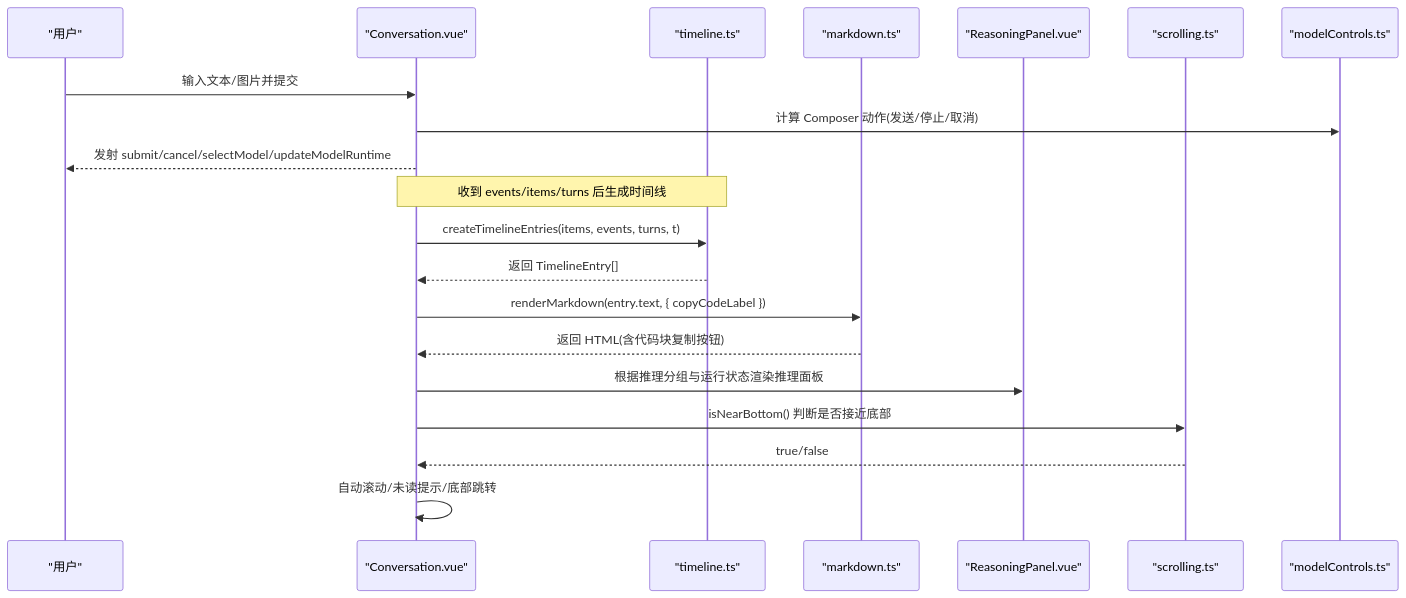
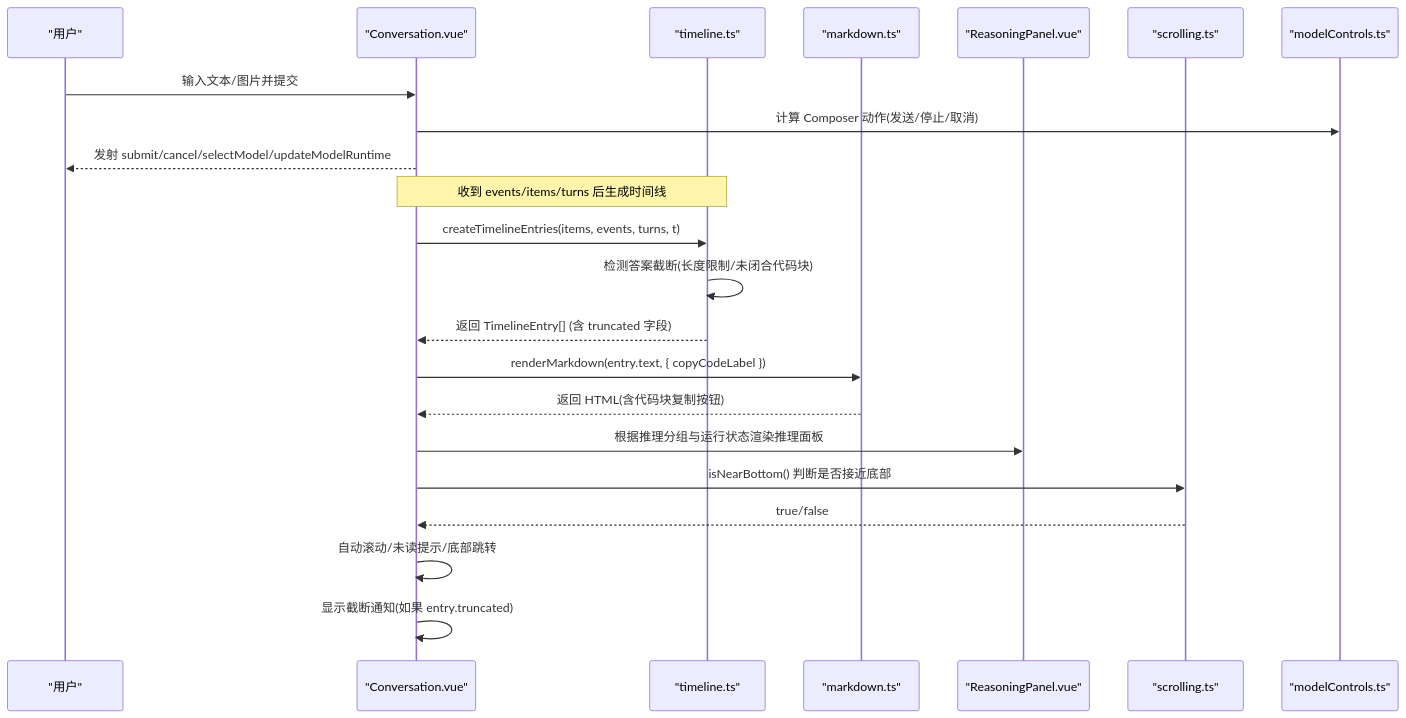
One commit to dyx-9163/ai-aifar changed the second of 3 diagrams in .qoder/repowiki/zh/content/用户界面/聊天对话组件.md. Above: the diagram before and after it, drawn with Mermaid. The commit also changed other lines of this file and 37 other files, not shown here.

````diff
--- a/.qoder/repowiki/zh/content/用户界面/聊天对话组件.md
+++ b/.qoder/repowiki/zh/content/用户界面/聊天对话组件.md
@@ -107,22 +120,24 @@
 ```mermaid
 sequenceDiagram
 participant U as "用户"
 participant C as "Conversation.vue"
 participant T as "timeline.ts"
 participant M as "markdown.ts"
 participant R as "ReasoningPanel.vue"
 participant S as "scrolling.ts"
 participant MC as "modelControls.ts"
 U->>C : 输入文本/图片并提交
 C->>MC : 计算 Composer 动作(发送/停止/取消)
 C-->>U : 发射 submit/cancel/selectModel/updateModelRuntime
 Note over C,T : 收到 events/items/turns 后生成时间线
 C->>T : createTimelineEntries(items, events, turns, t)
-T-->>C : 返回 TimelineEntry[]
+T->>T : 检测答案截断(长度限制/未闭合代码块)
+T-->>C : 返回 TimelineEntry[] (含 truncated 字段)
 C->>M : renderMarkdown(entry.text, { copyCodeLabel })
 M-->>C : 返回 HTML(含代码块复制按钮)
 C->>R : 根据推理分组与运行状态渲染推理面板
 C->>S : isNearBottom() 判断是否接近底部
 S-->>C : true/false
 C->>C : 自动滚动/未读提示/底部跳转
+C->>C : 显示截断通知(如果 entry.truncated)
 ```
````
